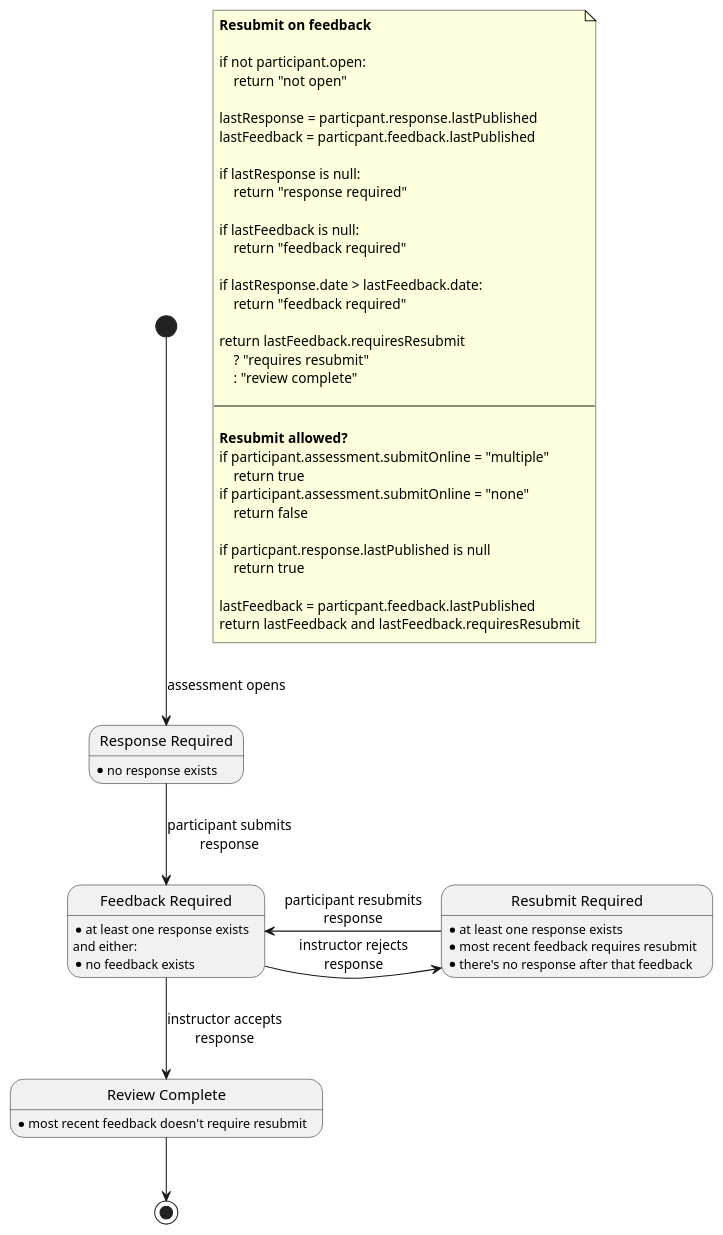
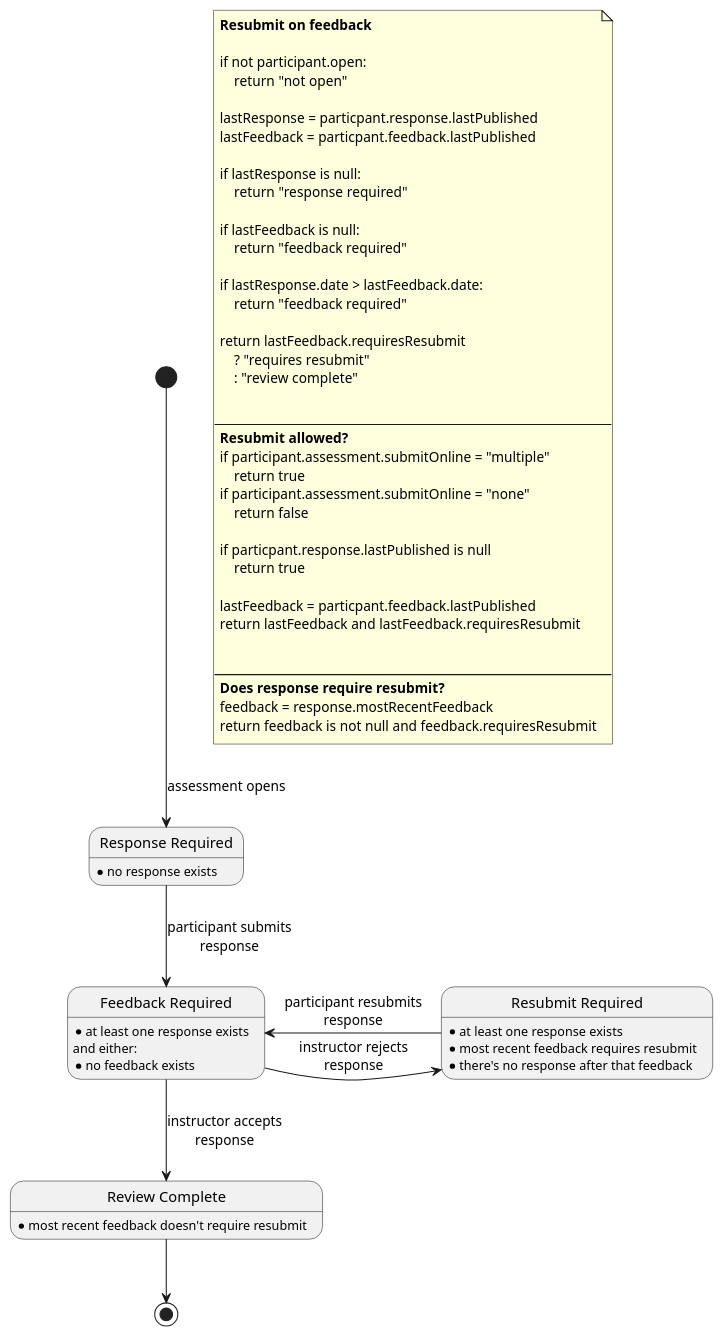
Before and after one commit to juliaattrevisan/schoolbox-api-docs: the second of 2 diagrams in library/Schoolbox/Learning/Assessment/DueWork/state-diagram.plantuml, drawn with PlantUML. The commit also changed other lines of this file, not shown here.

Commit message:
Add logic for whether response requires resubmit [SA-9500]

```diff
--- a/library/Schoolbox/Learning/Assessment/DueWork/state-diagram.plantuml
+++ b/library/Schoolbox/Learning/Assessment/DueWork/state-diagram.plantuml
@@ -69,67 +73,73 @@
 @startuml
 
 note as n1
     <b>Resubmit on feedback</b>
 
     if not participant.open:
         return "not open"
 
     lastResponse = particpant.response.lastPublished
     lastFeedback = particpant.feedback.lastPublished
 
     if lastResponse is null:
         return "response required"
 
     if lastFeedback is null:
         return "feedback required"
 
     if lastResponse.date > lastFeedback.date:
         return "feedback required"
 
     return lastFeedback.requiresResubmit
         ? "requires resubmit"
         : "review complete"
 
+
     ----
-
     <b>Resubmit allowed?</b>
     if participant.assessment.submitOnline = "multiple"
         return true
     if participant.assessment.submitOnline = "none"
         return false
 
     if particpant.response.lastPublished is null
         return true
 
     lastFeedback = particpant.feedback.lastPublished
     return lastFeedback and lastFeedback.requiresResubmit
+
+
+    ----
+    <b>Does response require resubmit?</b>
+    feedback = response.mostRecentFeedback
+    return feedback is not null and feedback.requiresResubmit
 end note
 
 state "Response Required" as RR
 RR : \
 * no response exists
 
 state "Feedback Required" as FR
 FR : \
 * at least one response exists\n\
 and either:\n\
 * no feedback exists
 
 state "Review Complete" as RC
 RC : \
 * most recent feedback doesn't require resubmit
 
 state "Resubmit Required" as RS
 RS : \
 * at least one response exists\n\
 * most recent feedback requires resubmit\n\
 * there's no response after that feedback
 
 [*] --> RR : assessment opens
 RR --> FR  : participant submits\nresponse
 FR --> RC  : instructor accepts\nresponse
 FR -right-> RS : instructor rejects\nresponse
 RS -left-> FR  : participant resubmits\nresponse
 RC --> [*]
 
 @enduml
```
